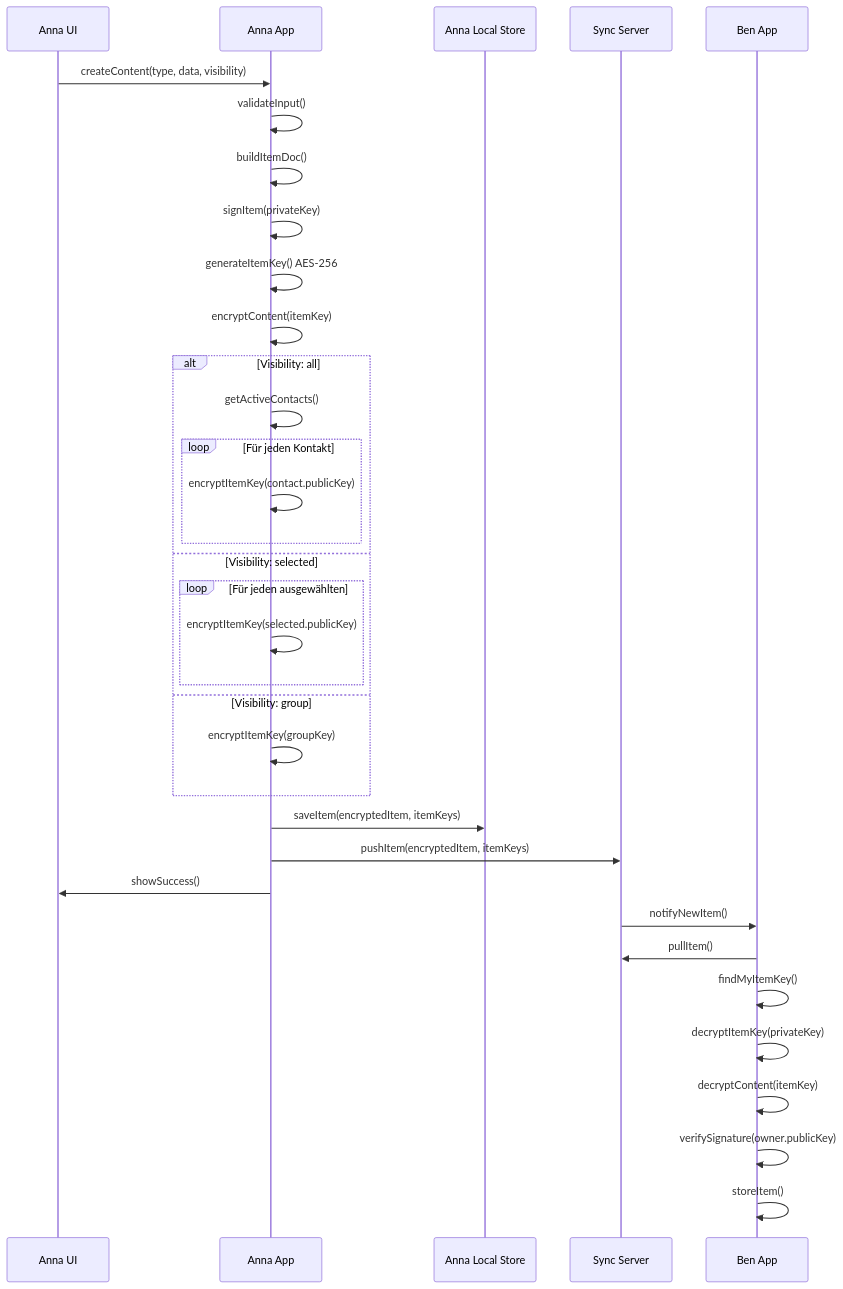
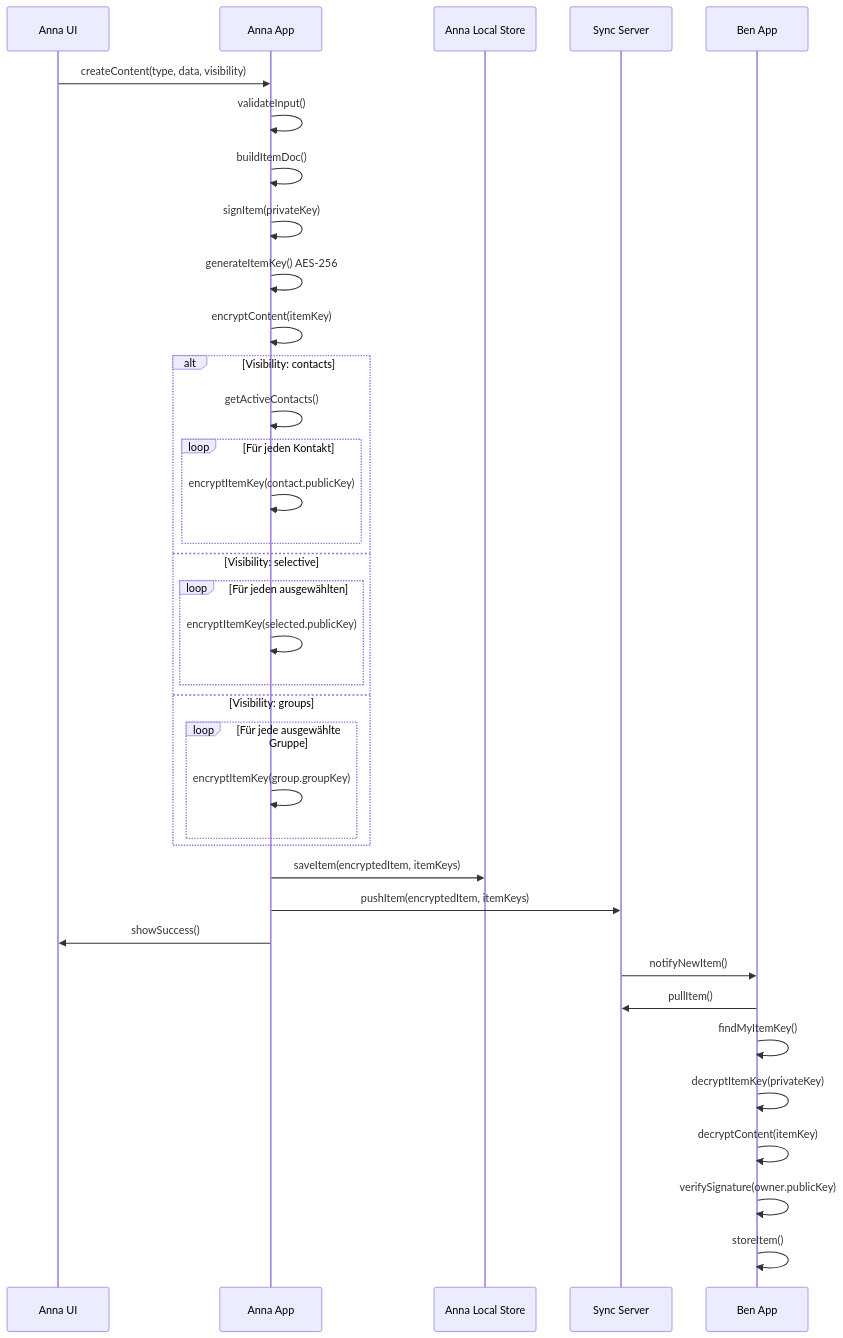
The third of 10 diagrams in flows/04-content-technisch-flow.md (antontranelis/web-of-trust), drawn with Mermaid before and after one commit. The commit also changed other lines of this file and 5 other files, not shown here.

````diff
--- a/flows/04-content-technisch-flow.md
+++ b/flows/04-content-technisch-flow.md
@@ -162,44 +163,46 @@
 ```mermaid
 sequenceDiagram
     participant A_UI as Anna UI
     participant A_App as Anna App
     participant A_Store as Anna Local Store
     participant Sync as Sync Server
     participant B_App as Ben App
 
     A_UI->>A_App: createContent(type, data, visibility)
 
     A_App->>A_App: validateInput()
     A_App->>A_App: buildItemDoc()
     A_App->>A_App: signItem(privateKey)
 
     A_App->>A_App: generateItemKey() AES-256
     A_App->>A_App: encryptContent(itemKey)
 
-    alt Visibility: all
+    alt Visibility: contacts
         A_App->>A_App: getActiveContacts()
         loop Für jeden Kontakt
             A_App->>A_App: encryptItemKey(contact.publicKey)
         end
-    else Visibility: selected
+    else Visibility: selective
         loop Für jeden ausgewählten
             A_App->>A_App: encryptItemKey(selected.publicKey)
         end
-    else Visibility: group
-        A_App->>A_App: encryptItemKey(groupKey)
+    else Visibility: groups
+        loop Für jede ausgewählte Gruppe
+            A_App->>A_App: encryptItemKey(group.groupKey)
+        end
     end
 
     A_App->>A_Store: saveItem(encryptedItem, itemKeys)
 
     A_App->>Sync: pushItem(encryptedItem, itemKeys)
 
     A_App->>A_UI: showSuccess()
 
     Sync->>B_App: notifyNewItem()
     B_App->>Sync: pullItem()
     B_App->>B_App: findMyItemKey()
     B_App->>B_App: decryptItemKey(privateKey)
     B_App->>B_App: decryptContent(itemKey)
     B_App->>B_App: verifySignature(owner.publicKey)
     B_App->>B_App: storeItem()
 ```
````
